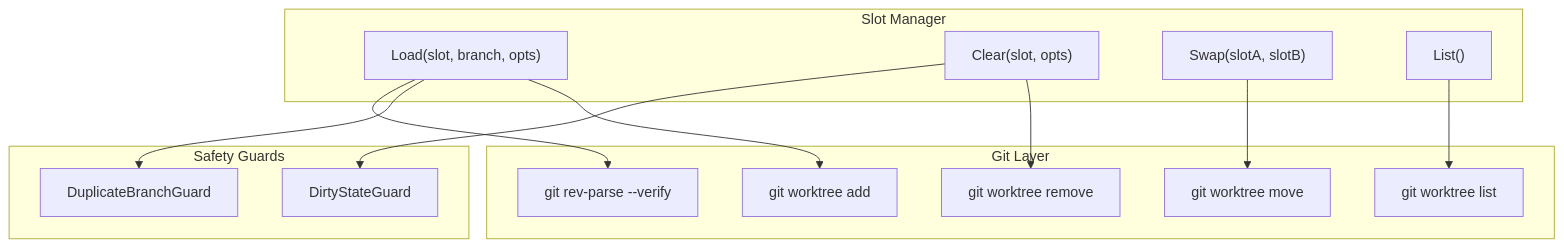
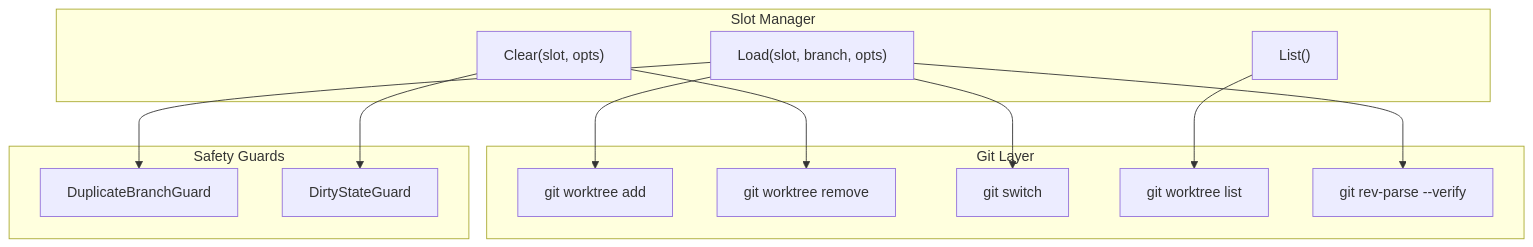
One commit to AquiTCD/git-slot changed the first of 2 diagrams in docs/specs/core-slot-management.md. Above: the diagram before and after it, drawn with Mermaid. The commit also changed other lines of this file and 11 other files, not shown here.

````diff
--- a/docs/specs/core-slot-management.md
+++ b/docs/specs/core-slot-management.md
@@ -64,30 +59,29 @@
 ```mermaid
 graph TB
     subgraph "Slot Manager"
         LOAD["Load(slot, branch, opts)"]
         CLEAR["Clear(slot, opts)"]
-        SWAP["Swap(slotA, slotB)"]
         LIST["List()"]
     end
 
     subgraph "Git Layer"
         WT_ADD["git worktree add"]
         WT_RM["git worktree remove"]
-        WT_MV["git worktree move"]
+        WT_SWITCH["git switch"]
         WT_LIST["git worktree list"]
         BR_CHECK["git rev-parse --verify"]
     end
 
     subgraph "Safety Guards"
         DUP["DuplicateBranchGuard"]
         DIRTY["DirtyStateGuard"]
     end
 
     LOAD --> BR_CHECK
     LOAD --> DUP
     LOAD --> WT_ADD
+    LOAD --> WT_SWITCH
     CLEAR --> DIRTY
     CLEAR --> WT_RM
-    SWAP --> WT_MV
     LIST --> WT_LIST
 ```
````
